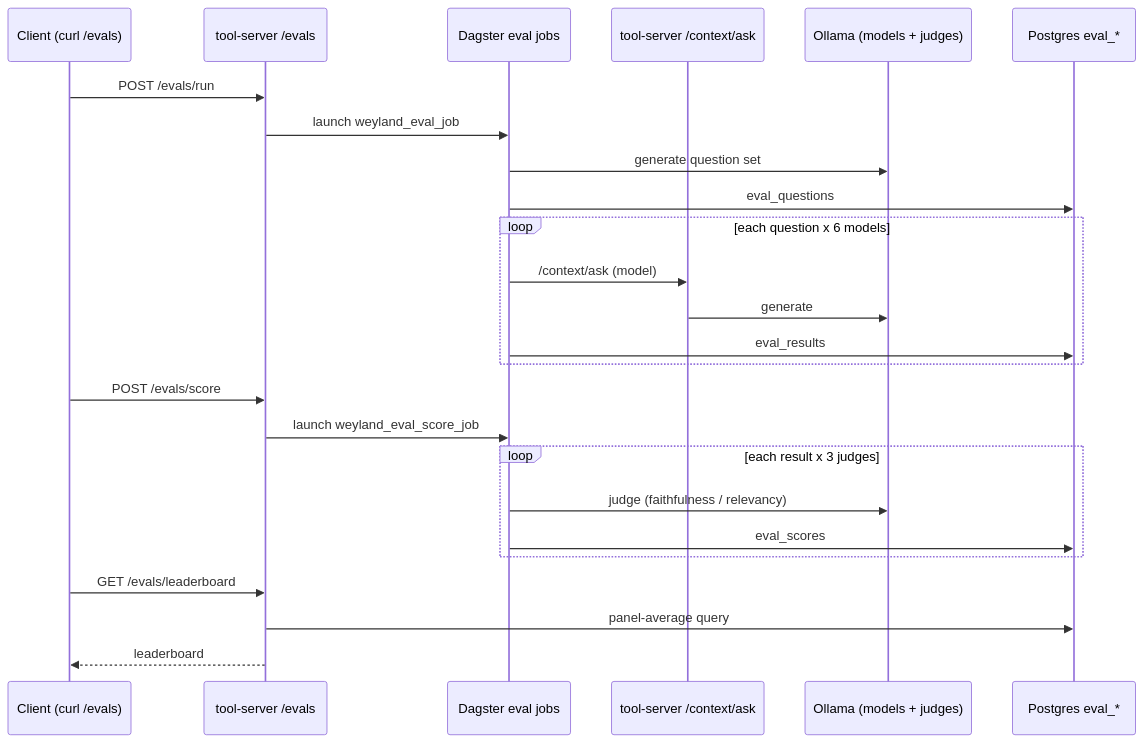
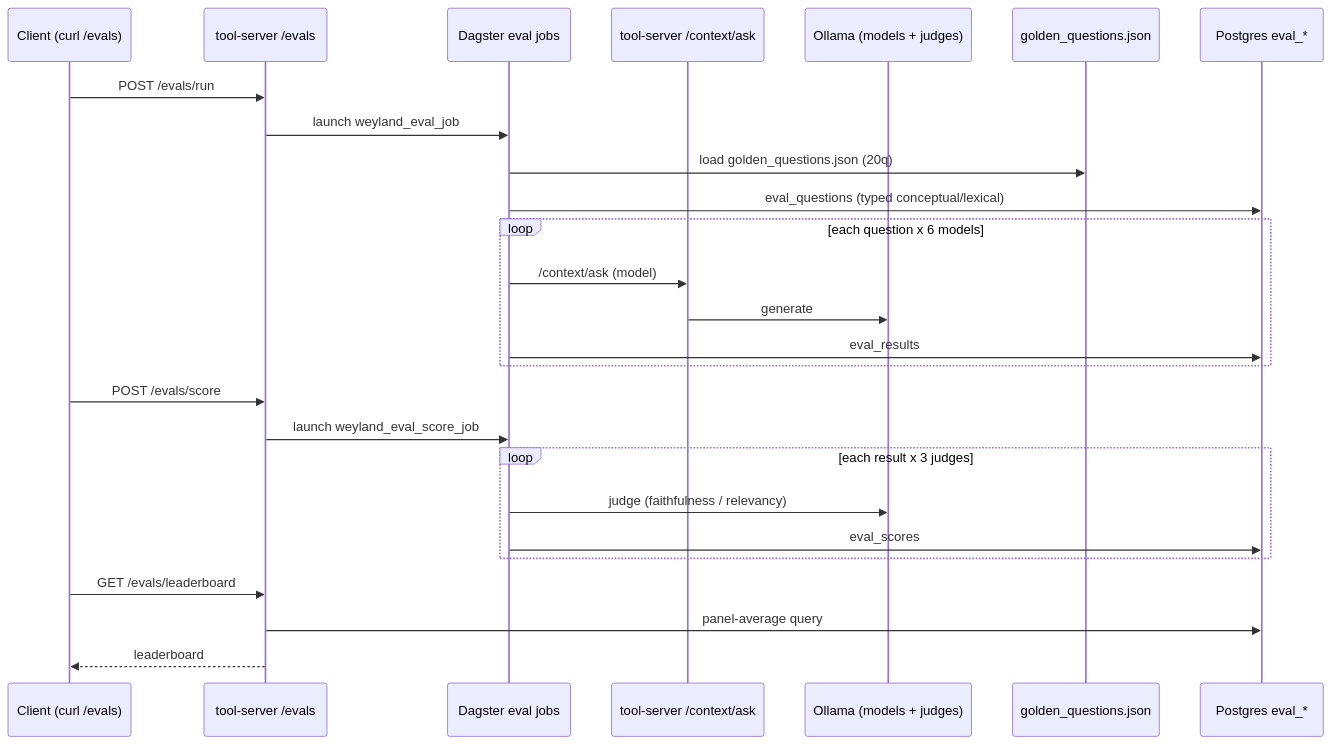
One commit to edtbl76/weyland-lab changed the diagram in docs/demos/eval.md. Above: the diagram before and after it, drawn with Mermaid. The commit also changed other lines of this file and 5 other files, not shown here.

Commit message:
Pin eval harness to golden question set for consistent cross-run scoring; add conceptual/lexical splits for retrieval evaluation (B96). Extend alerting with Dagster watchdog and external heartbeat for improved failure detection (B94).

````diff
--- a/docs/demos/eval.md
+++ b/docs/demos/eval.md
@@ -15,27 +15,28 @@
 ```mermaid
 sequenceDiagram
     participant C as Client (curl /evals)
     participant TS as tool-server /evals
     participant Dag as Dagster eval jobs
     participant RAG as tool-server /context/ask
     participant OLL as Ollama (models + judges)
+    participant GQ as golden_questions.json
     participant PG as Postgres eval_*
     C->>TS: POST /evals/run
     TS->>Dag: launch weyland_eval_job
-    Dag->>OLL: generate question set
-    Dag->>PG: eval_questions
+    Dag->>GQ: load golden_questions.json (20q)
+    Dag->>PG: eval_questions (typed conceptual/lexical)
     loop each question x 6 models
         Dag->>RAG: /context/ask (model)
         RAG->>OLL: generate
         Dag->>PG: eval_results
     end
     C->>TS: POST /evals/score
     TS->>Dag: launch weyland_eval_score_job
     loop each result x 3 judges
         Dag->>OLL: judge (faithfulness / relevancy)
         Dag->>PG: eval_scores
     end
     C->>TS: GET /evals/leaderboard
     TS->>PG: panel-average query
     TS-->>C: leaderboard
 ```
````
